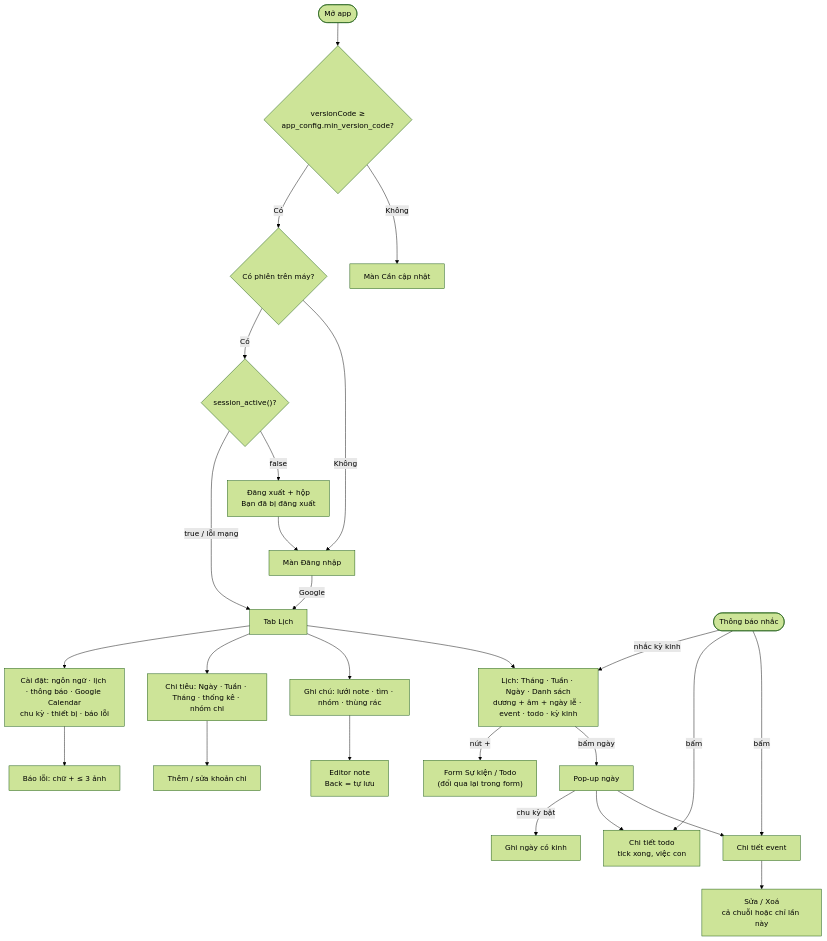
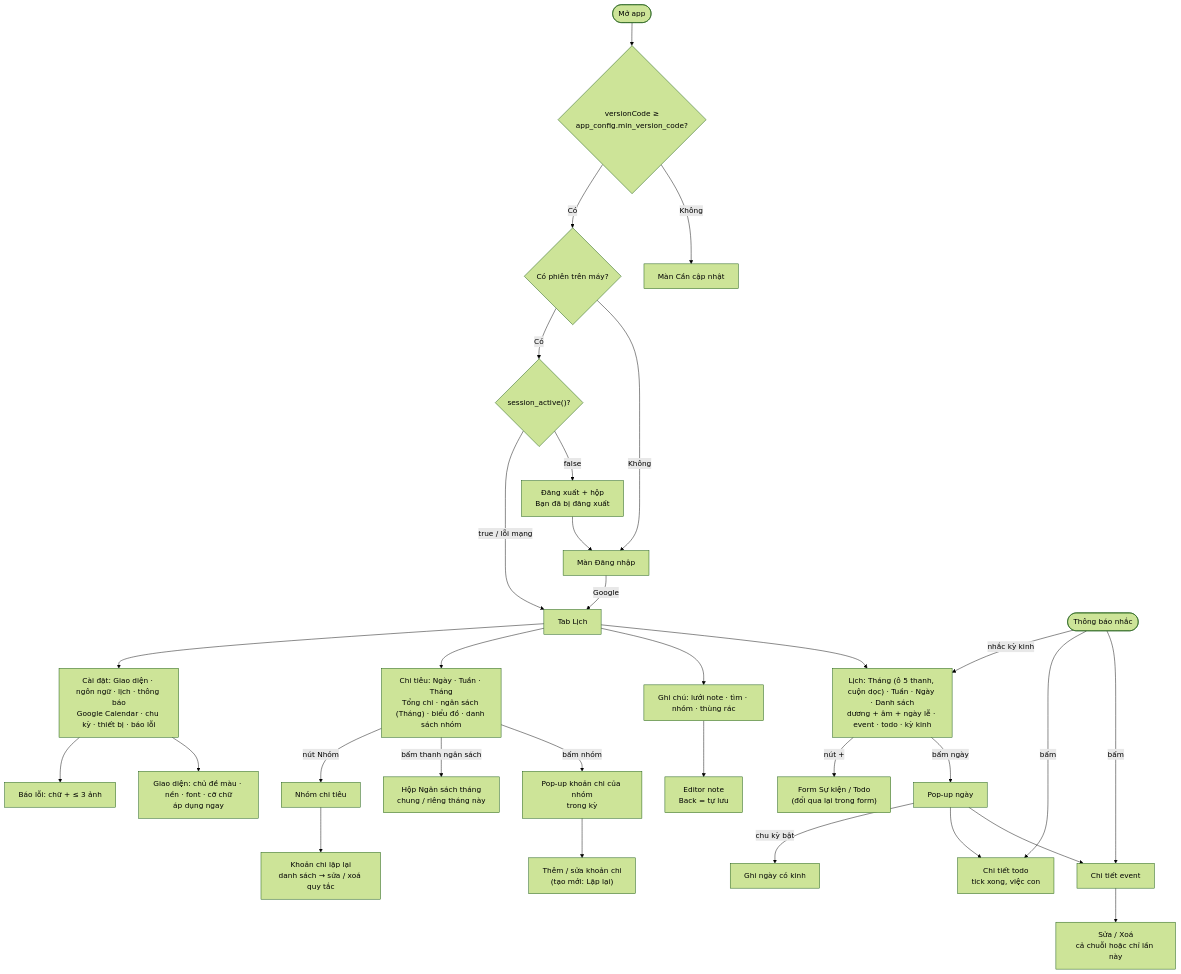
The diagram in docs/specs/architecture/user-flow.md (danhbuidcn/daynest), drawn with Mermaid (forest theme) before and after one commit. The commit also changed other lines of this file and 13 other files, not shown here.

Commit message:
docs: architecture per latest spec

````diff
--- a/docs/specs/architecture/user-flow.md
+++ b/docs/specs/architecture/user-flow.md
@@ -5,28 +7,31 @@
 ```mermaid
 flowchart TD
   Open(["Mở app"]) --> Ver{"versionCode ≥<br/>app_config.min_version_code?"}
   Ver -->|Không| Update["Màn Cần cập nhật"]
   Ver -->|Có| Local{"Có phiên trên máy?"}
   Local -->|Không| Login["Màn Đăng nhập"]
   Local -->|Có| Active{"session_active()?"}
   Active -->|false| Kicked["Đăng xuất + hộp<br/>Bạn đã bị đăng xuất"] --> Login
   Active -->|"true / lỗi mạng"| Tabs["Tab Lịch"]
   Login -->|"Google"| Tabs
 
-  Tabs --> Cal["Lịch: Tháng · Tuần · Ngày · Danh sách<br/>dương + âm + ngày lễ · event · todo · kỳ kinh"]
+  Tabs --> Cal["Lịch: Tháng (ô 5 thanh, cuộn dọc) · Tuần · Ngày · Danh sách<br/>dương + âm + ngày lễ · event · todo · kỳ kinh"]
   Tabs --> Notes["Ghi chú: lưới note · tìm · nhóm · thùng rác"]
-  Tabs --> Exp["Chi tiêu: Ngày · Tuần · Tháng · thống kê · nhóm chi"]
-  Tabs --> Settings["Cài đặt: ngôn ngữ · lịch · thông báo · Google Calendar<br/>chu kỳ · thiết bị · báo lỗi"]
+  Tabs --> Exp["Chi tiêu: Ngày · Tuần · Tháng<br/>Tổng chi · ngân sách (Tháng) · biểu đồ · danh sách nhóm"]
+  Tabs --> Settings["Cài đặt: Giao diện · ngôn ngữ · lịch · thông báo<br/>Google Calendar · chu kỳ · thiết bị · báo lỗi"]
 
   Cal -->|"bấm ngày"| DayPop["Pop-up ngày"]
   DayPop --> EvDetail["Chi tiết event"] --> EvEdit["Sửa / Xoá<br/>cả chuỗi hoặc chỉ lần này"]
   DayPop --> TodoDetail["Chi tiết todo<br/>tick xong, việc con"]
   DayPop -->|"chu kỳ bật"| Period["Ghi ngày có kinh"]
   Cal -->|"nút +"| Entry["Form Sự kiện / Todo<br/>(đổi qua lại trong form)"]
   Notes --> Editor["Editor note<br/>Back = tự lưu"]
-  Exp --> ExpEdit["Thêm / sửa khoản chi"]
+  Exp -->|"bấm nhóm"| GroupPop["Pop-up khoản chi của nhóm<br/>trong kỳ"] --> ExpEdit["Thêm / sửa khoản chi<br/>(tạo mới: Lặp lại)"]
+  Exp -->|"bấm thanh ngân sách"| Budget["Hộp Ngân sách tháng<br/>chung / riêng tháng này"]
+  Exp -->|"nút Nhóm"| Groups["Nhóm chi tiêu"] --> Recur["Khoản chi lặp lại<br/>danh sách → sửa / xoá quy tắc"]
+  Settings --> Look["Giao diện: chủ đề màu · nền · font · cỡ chữ<br/>áp dụng ngay"]
   Settings --> Bug["Báo lỗi: chữ + ≤ 3 ảnh"]
   Push(["Thông báo nhắc"]) -->|bấm| EvDetail
   Push -->|bấm| TodoDetail
   Push -->|"nhắc kỳ kinh"| Cal
 ```
````
